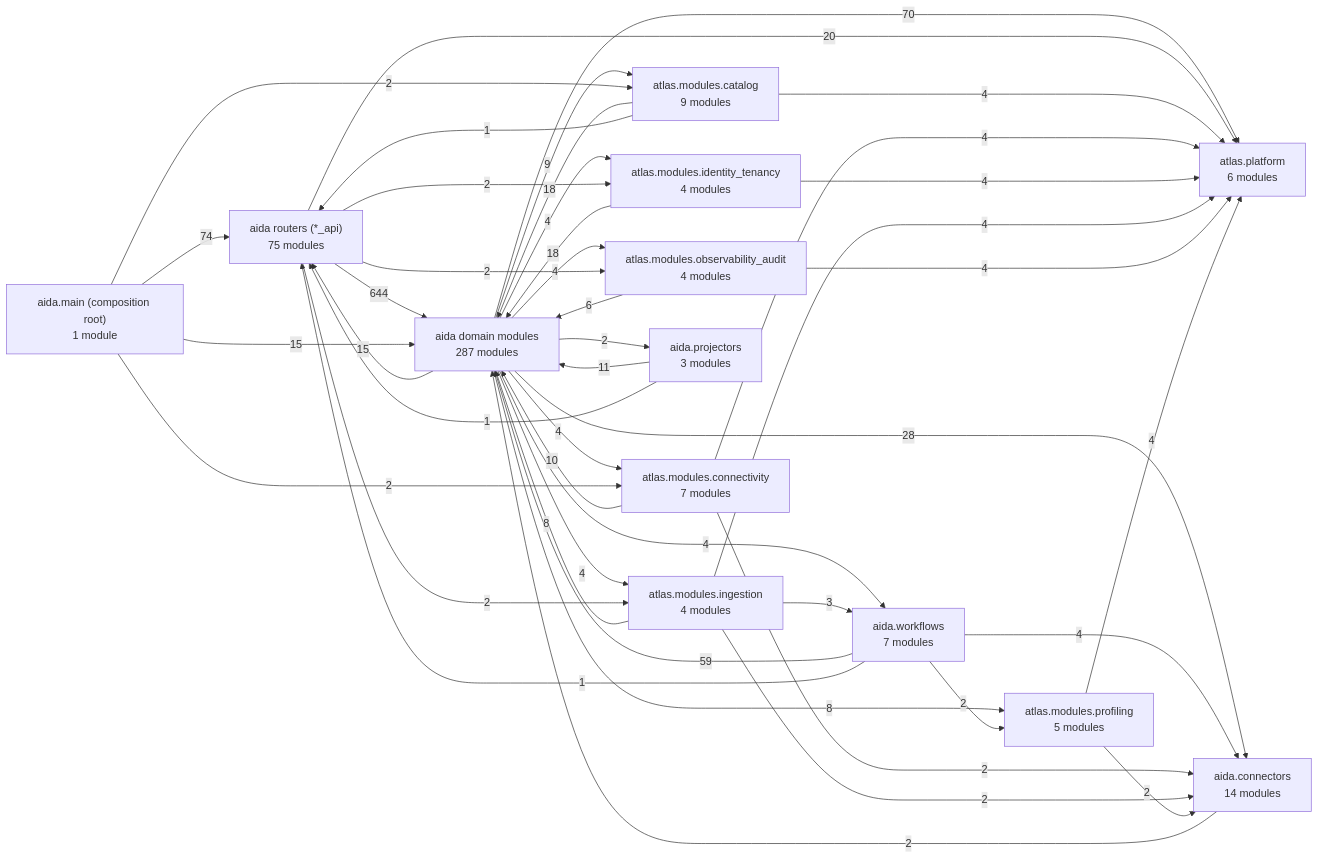
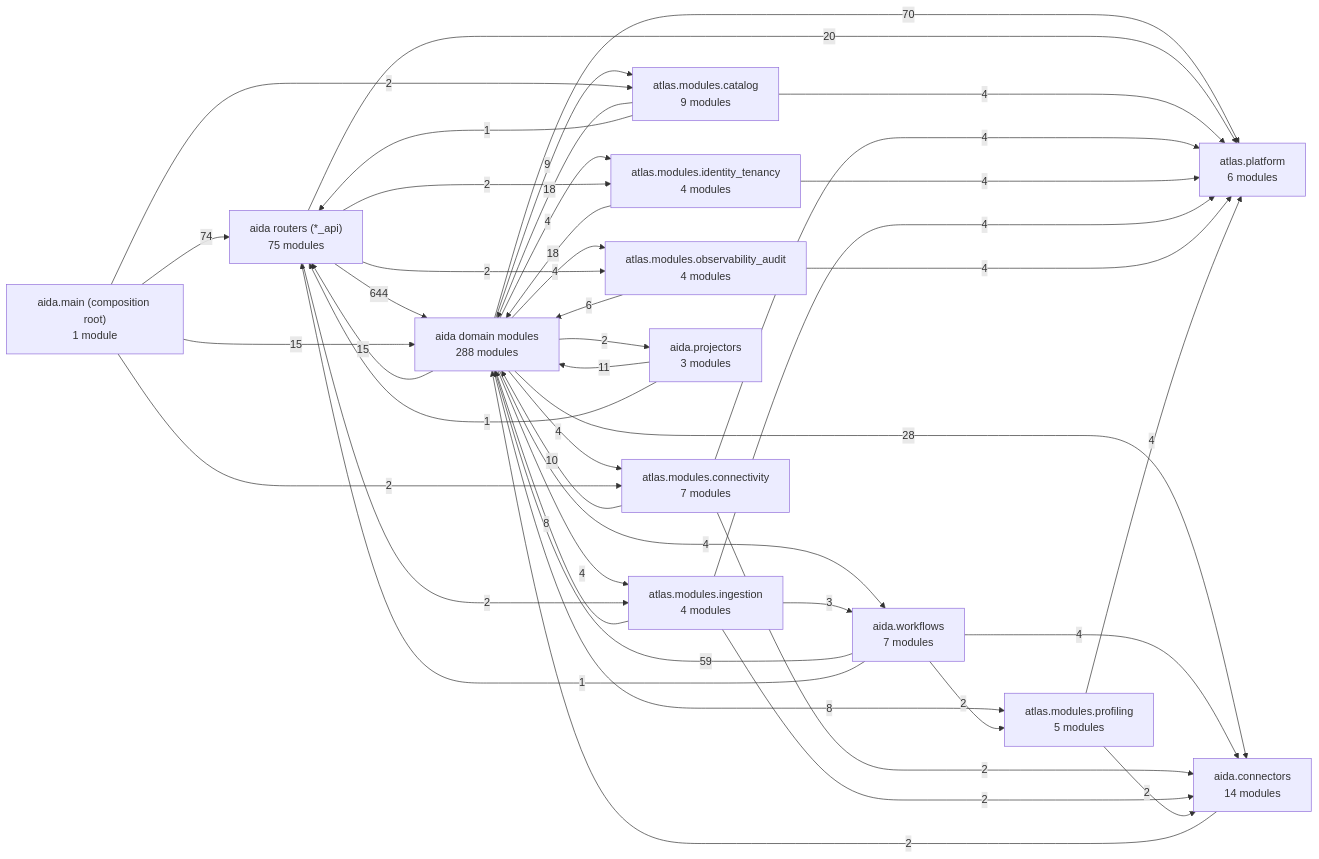
One commit to karuppusamym/AIDataAnalyst changed the first of 3 diagrams in Docs/10-architecture/14-generated-architecture-map.md. Above: the diagram before and after it, drawn with Mermaid. The commit also changed other lines of this file and 13 other files, not shown here.

````diff
--- a/Docs/10-architecture/14-generated-architecture-map.md
+++ b/Docs/10-architecture/14-generated-architecture-map.md
@@ -48,59 +48,59 @@
 ```mermaid
 graph LR
   app["aida.main (composition root)<br/>1 module"]
   routers["aida routers (*_api)<br/>75 modules"]
-  domain["aida domain modules<br/>287 modules"]
+  domain["aida domain modules<br/>288 modules"]
   ctx_catalog["atlas.modules.catalog<br/>9 modules"]
   ctx_connectivity["atlas.modules.connectivity<br/>7 modules"]
   ctx_identity_tenancy["atlas.modules.identity_tenancy<br/>4 modules"]
   ctx_ingestion["atlas.modules.ingestion<br/>4 modules"]
   ctx_observability_audit["atlas.modules.observability_audit<br/>4 modules"]
   ctx_profiling["atlas.modules.profiling<br/>5 modules"]
   connectors["aida.connectors<br/>14 modules"]
   workflows["aida.workflows<br/>7 modules"]
   projectors["aida.projectors<br/>3 modules"]
   platform["atlas.platform<br/>6 modules"]
   routers -->|644| domain
   app -->|74| routers
   domain -->|70| platform
   workflows -->|59| domain
   domain -->|28| connectors
   routers -->|20| platform
   ctx_catalog -->|18| domain
   ctx_identity_tenancy -->|18| domain
   app -->|15| domain
   domain -->|15| routers
   projectors -->|11| domain
   ctx_connectivity -->|10| domain
   domain -->|9| ctx_catalog
   ctx_ingestion -->|8| domain
   domain -->|8| ctx_profiling
   ctx_observability_audit -->|6| domain
   ctx_catalog -->|4| platform
   ctx_connectivity -->|4| platform
   ctx_identity_tenancy -->|4| platform
   ctx_ingestion -->|4| platform
   ctx_observability_audit -->|4| platform
   ctx_profiling -->|4| platform
   domain -->|4| ctx_connectivity
   domain -->|4| ctx_identity_tenancy
   domain -->|4| ctx_ingestion
   domain -->|4| ctx_observability_audit
   domain -->|4| workflows
   workflows -->|4| connectors
   ctx_ingestion -->|3| workflows
   app -->|2| ctx_catalog
   app -->|2| ctx_connectivity
   connectors -->|2| domain
   ctx_connectivity -->|2| connectors
   ctx_ingestion -->|2| connectors
   ctx_profiling -->|2| connectors
   domain -->|2| projectors
   routers -->|2| ctx_identity_tenancy
   routers -->|2| ctx_ingestion
   routers -->|2| ctx_observability_audit
   workflows -->|2| ctx_profiling
   ctx_catalog -->|1| routers
   projectors -->|1| routers
   workflows -->|1| routers
 ```
````
